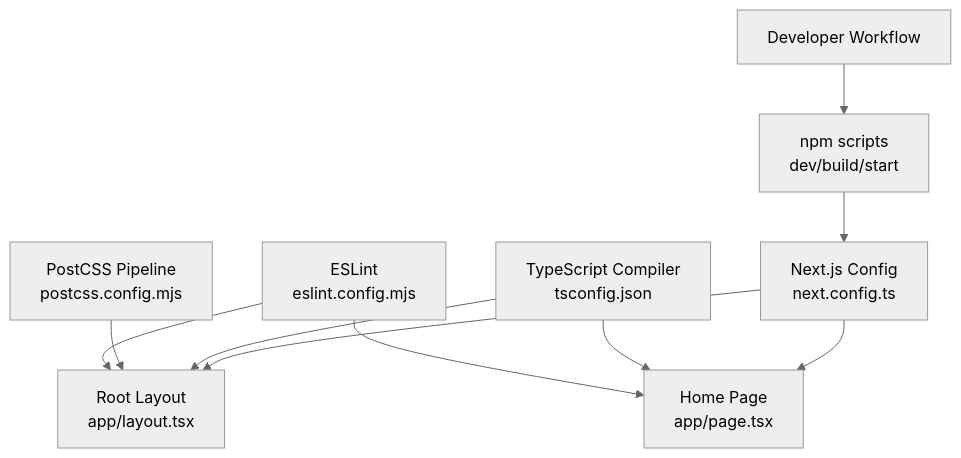
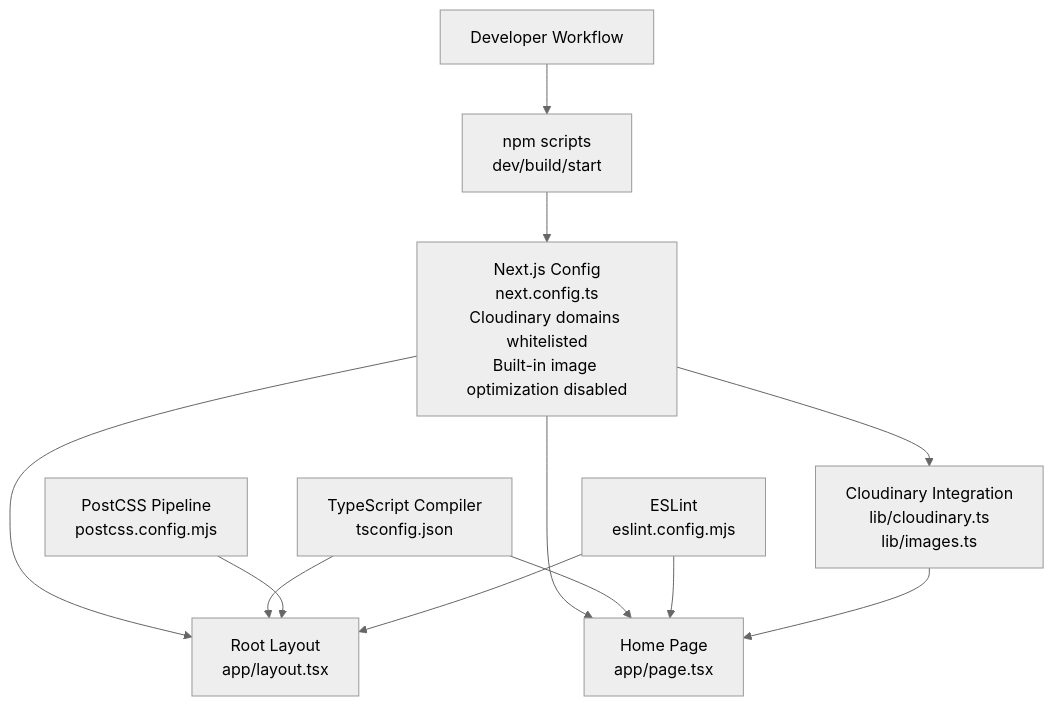
One commit to Black-box01/rhemaexpertsolutions changed the second of 4 diagrams in .qoder/repowiki/en/content/Configuration and Build/Next.js Configuration.md. Above: the diagram before and after it, drawn with Mermaid (neutral theme). The commit also changed other lines of this file and 37 other files, not shown here.

First line of the commit message:
docs(wiki): add Cloudinary integration and update Next.js config

````diff
--- a/.qoder/repowiki/en/content/Configuration and Build/Next.js Configuration.md
+++ b/.qoder/repowiki/en/content/Configuration and Build/Next.js Configuration.md
@@ -101,20 +125,23 @@
 ```mermaid
 graph TB
 Dev["Developer Workflow"]
 Scripts["npm scripts<br/>dev/build/start"]
-NextCfg["Next.js Config<br/>next.config.ts"]
+NextCfg["Next.js Config<br/>next.config.ts<br/>Cloudinary domains whitelisted<br/>Built-in image optimization disabled"]
 TS["TypeScript Compiler<br/>tsconfig.json"]
 PostCSS["PostCSS Pipeline<br/>postcss.config.mjs"]
 ESL["ESLint<br/>eslint.config.mjs"]
 Layout["Root Layout<br/>app/layout.tsx"]
 Home["Home Page<br/>app/page.tsx"]
+Cloudinary["Cloudinary Integration<br/>lib/cloudinary.ts<br/>lib/images.ts"]
 Dev --> Scripts
 Scripts --> NextCfg
 NextCfg --> Layout
 NextCfg --> Home
+NextCfg --> Cloudinary
 TS --> Layout
 TS --> Home
 PostCSS --> Layout
 ESL --> Layout
 ESL --> Home
+Cloudinary --> Home
 ```
````
